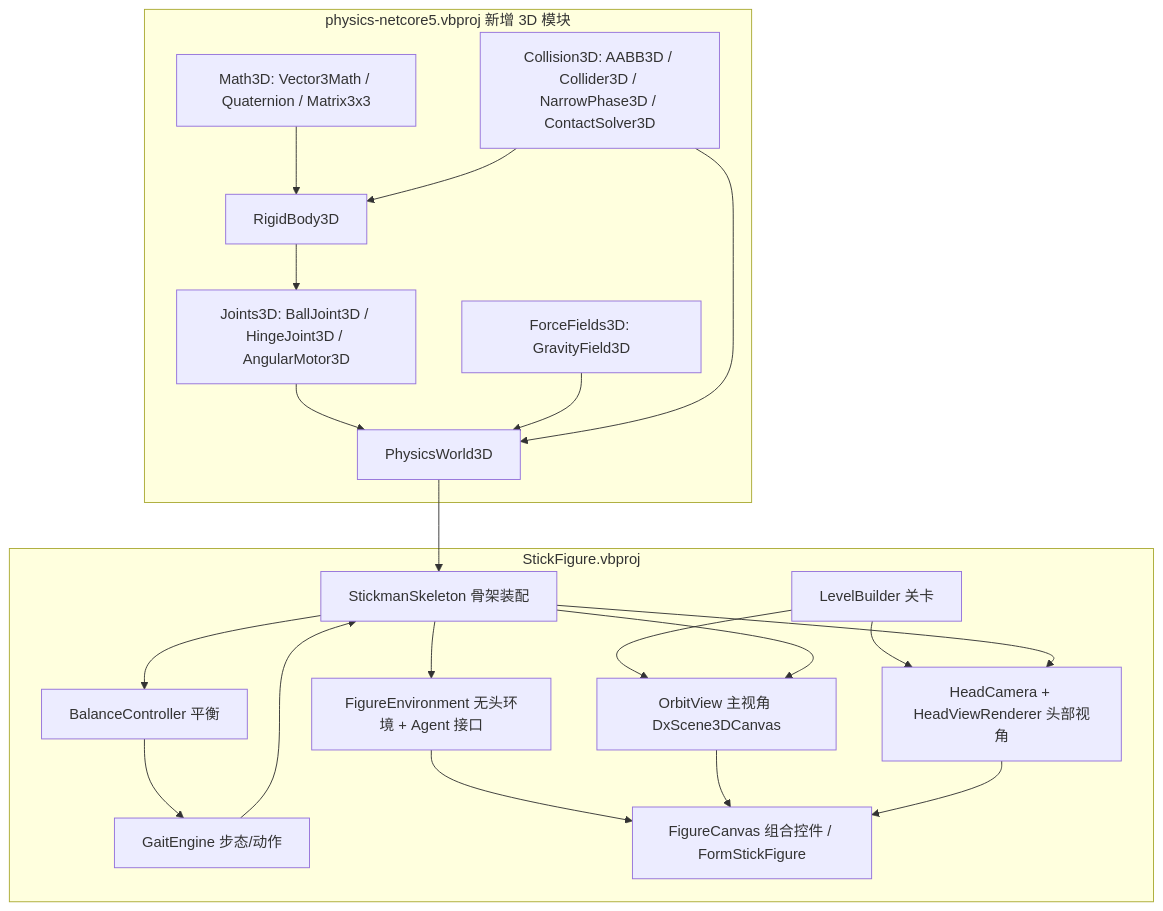
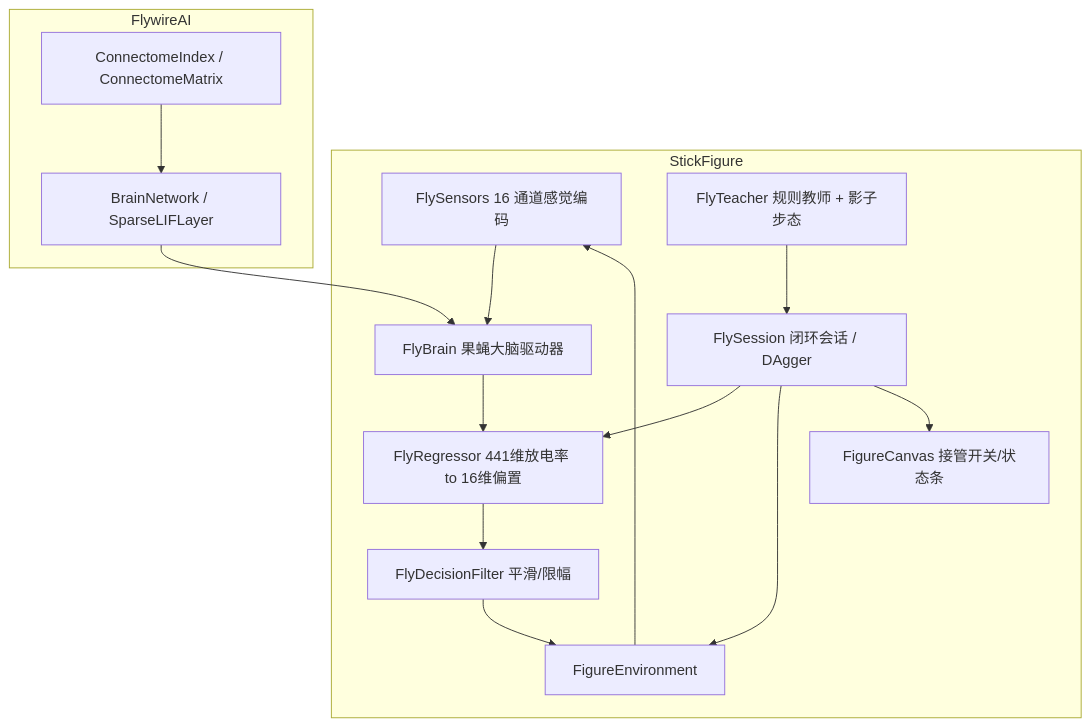
The diagram in .codebuddy/plans/StickFigure-3D-Walking-Demo_c8f97a54.md (xieguigang/flywire), drawn with Mermaid before and after one commit. The commit also changed other lines of this file and 6 other files, not shown here.

Commit message:
adjust of the figure weights

````diff
--- a/.codebuddy/plans/StickFigure-3D-Walking-Demo_c8f97a54.md
+++ b/.codebuddy/plans/StickFigure-3D-Walking-Demo_c8f97a54.md
@@ -140,38 +97,24 @@
 ```mermaid
 flowchart TB
-    subgraph P[physics-netcore5.vbproj 新增 3D 模块]
-        M[Math3D: Vector3Math / Quaternion / Matrix3x3]
-        C[Collision3D: AABB3D / Collider3D / NarrowPhase3D / ContactSolver3D]
-        R[RigidBody3D]
-        J[Joints3D: BallJoint3D / HingeJoint3D / AngularMotor3D]
-        F[ForceFields3D: GravityField3D]
-        W[PhysicsWorld3D]
-        M --> R
-        C --> R
-        R --> J
-        J --> W
-        F --> W
-        C --> W
+    subgraph S[StickFigure]
+        SEN[FlySensors 16 通道感觉编码]
+        BR[FlyBrain 果蝇大脑驱动器]
+        REG[FlyRegressor 441维放电率 to 16维偏置]
+        FLT[FlyDecisionFilter 平滑/限幅]
+        TEA[FlyTeacher 规则教师 + 影子步态]
+        SES[FlySession 闭环会话 / DAgger]
+        ENV[FigureEnvironment]
+        UI[FigureCanvas 接管开关/状态条]
+        SEN --> BR --> REG --> FLT --> ENV
+        ENV --> SEN
+        TEA --> SES
+        SES --> REG
+        SES --> ENV
+        SES --> UI
     end
-    subgraph S[StickFigure.vbproj]
-        SK[StickmanSkeleton 骨架装配]
-        GA[GaitEngine 步态/动作]
-        BA[BalanceController 平衡]
-        EN[FigureEnvironment 无头环境 + Agent 接口]
-        LB[LevelBuilder 关卡]
-        OV[OrbitView 主视角 DxScene3DCanvas]
-        HV[HeadCamera + HeadViewRenderer 头部视角]
-        UI[FigureCanvas 组合控件 / FormStickFigure]
-        W --> SK
-        SK --> BA --> GA
-        GA --> SK
-        LB --> OV
-        LB --> HV
-        SK --> OV
-        SK --> HV
-        SK --> EN
-        EN --> UI
-        OV --> UI
-        HV --> UI
+    subgraph F[FlywireAI]
+        CX[ConnectomeIndex / ConnectomeMatrix]
+        NET[BrainNetwork / SparseLIFLayer]
+        CX --> NET --> BR
     end
 ```
````
